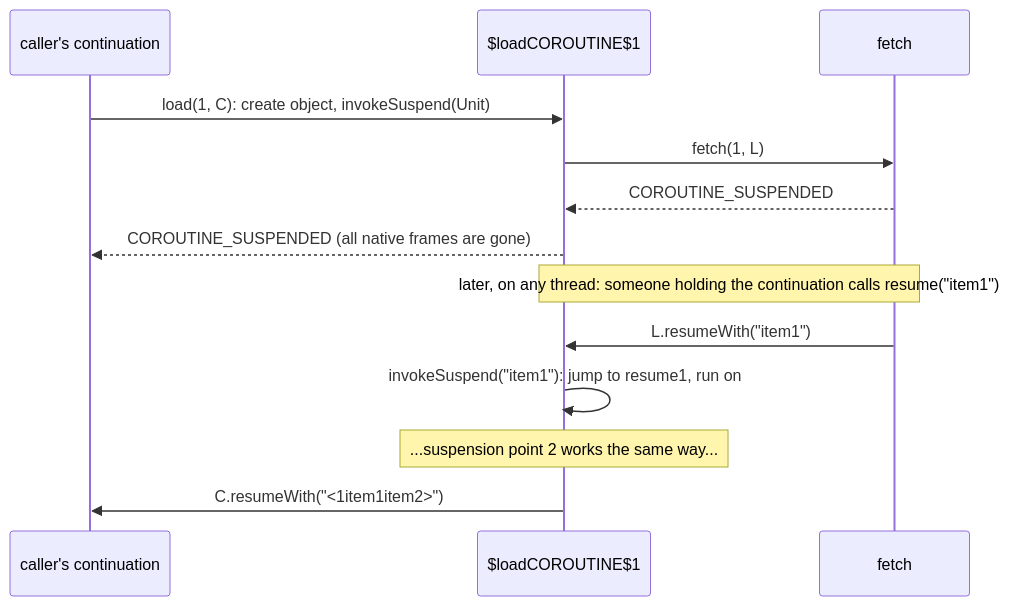
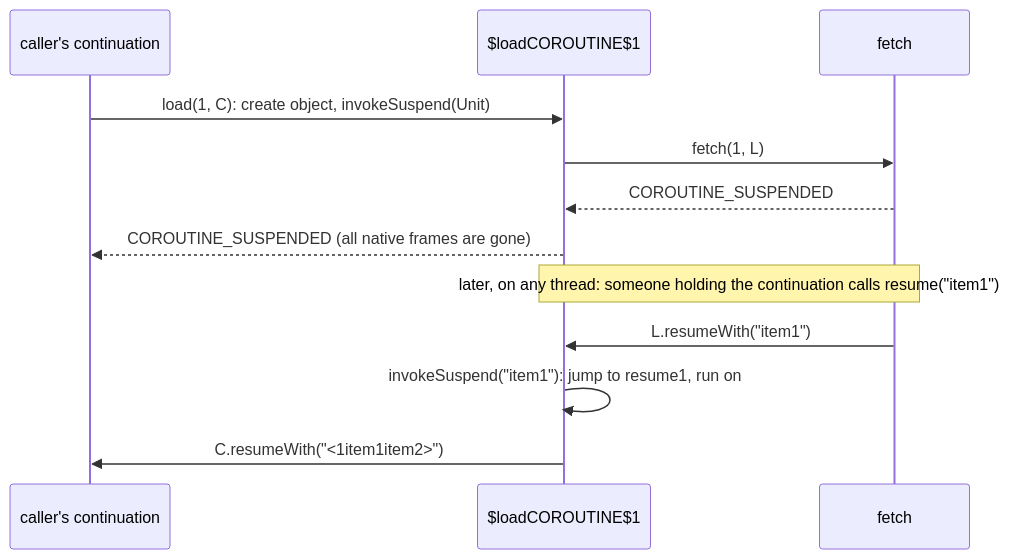
The diagram in docs/native/features/coroutines.md (anton-bannykh/kotlin), drawn with Mermaid before and after one commit. The commit also changed other lines of this file and 96 other files, not shown here.

````diff
--- a/docs/native/features/coroutines.md
+++ b/docs/native/features/coroutines.md
@@ -61,15 +167,14 @@
 ```mermaid
 sequenceDiagram
     participant C as caller's continuation
     participant L as $loadCOROUTINE$1
     participant F as fetch
     C->>L: load(1, C): create object, invokeSuspend(Unit)
     L->>F: fetch(1, L)
     F-->>L: COROUTINE_SUSPENDED
     L-->>C: COROUTINE_SUSPENDED (all native frames are gone)
     Note over L,F: later, on any thread: someone holding the continuation calls resume("item1")
     F->>L: L.resumeWith("item1")
     L->>L: invokeSuspend("item1"): jump to resume1, run on
-    Note over L: ...suspension point 2 works the same way...
     L->>C: C.resumeWith("<1item1item2>")
 ```
````
